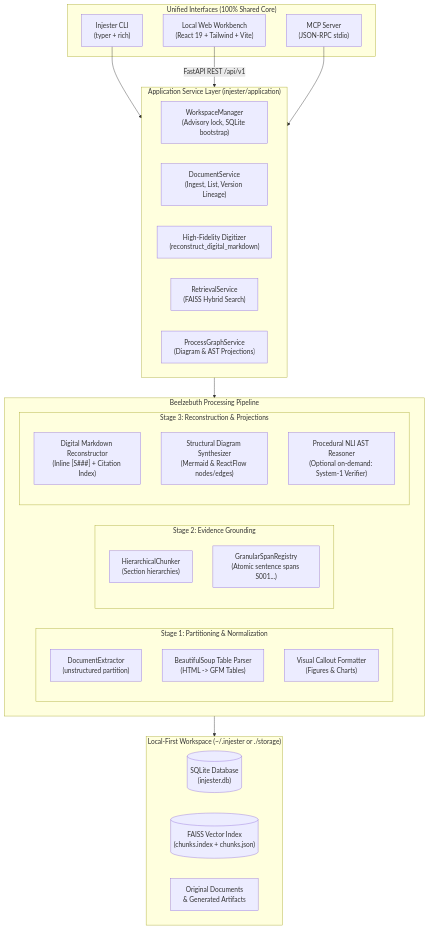
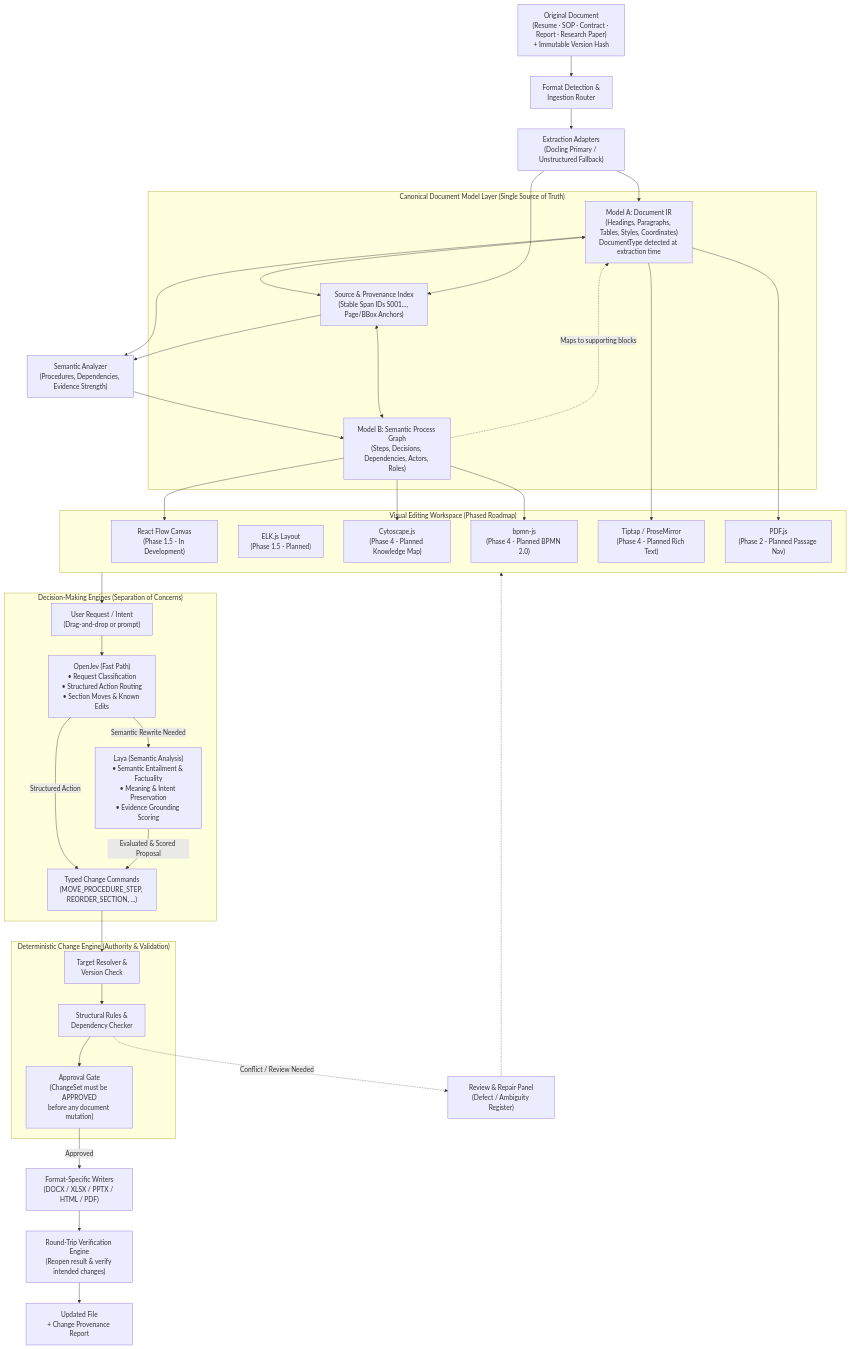
One commit to Jefino9488/Beelzebuth changed the diagram in docs/ARCHITECTURE.md. Above: the diagram before and after it, drawn with Mermaid. The commit also changed other lines of this file and 4 other files, not shown here.

First line of the commit message:
docs: update architecture, roadmap, and canonical document model specifications

````diff
--- a/docs/ARCHITECTURE.md
+++ b/docs/ARCHITECTURE.md
@@ -12,48 +11,58 @@
 ```mermaid
 flowchart TD
-    subgraph ClientInterfaces ["Unified Interfaces (100% Shared Core)"]
-        CLI["Injester CLI\n(typer + rich)"]
-        WebUI["Local Web Workbench\n(React 19 + Tailwind + Vite)"]
-        MCP["MCP Server\n(JSON-RPC stdio)"]
+    OrigDoc["Original Document\n(Resume · SOP · Contract · Report · Research Paper)\n+ Immutable Version Hash"] --> IngestionRouter["Format Detection &\nIngestion Router"]
+    IngestionRouter --> ExtAdapters["Extraction Adapters\n(Docling Primary / Unstructured Fallback)"]
+    
+    subgraph CDM_Layer ["Canonical Document Model Layer (Single Source of Truth)"]
+        ModelA["Model A: Document IR\n(Headings, Paragraphs, Tables, Styles, Coordinates)\nDocumentType detected at extraction time"]
+        ModelB["Model B: Semantic Process Graph\n(Steps, Decisions, Dependencies, Actors, Roles)"]
+        ProvIndex["Source & Provenance Index\n(Stable Span IDs S001..., Page/BBox Anchors)"]
+        
+        ModelA <--> ProvIndex
+        ModelB <--> ProvIndex
+        ModelB -.->|Maps to supporting blocks| ModelA
+    end
+    
+    ExtAdapters --> ModelA
+    ExtAdapters --> ProvIndex
+    ModelA & ProvIndex --> SemanticAnalyzer["Semantic Analyzer\n(Procedures, Dependencies, Evidence Strength)"]
+    SemanticAnalyzer --> ModelB
+
+    subgraph VisualLayer ["Visual Editing Workspace (Phased Roadmap)"]
+        RF["React Flow Canvas\n(Phase 1.5 - In Development)"]
+        ELK["ELK.js Layout\n(Phase 1.5 - Planned)"]
+        Cyto["Cytoscape.js\n(Phase 4 - Planned Knowledge Map)"]
+        BPMN["bpmn-js\n(Phase 4 - Planned BPMN 2.0)"]
+        TipTap["Tiptap / ProseMirror\n(Phase 4 - Planned Rich Text)"]
+        PDFView["PDF.js\n(Phase 2 - Planned Passage Nav)"]
     end
 
-    subgraph ServiceLayer ["Application Service Layer (injester/application)"]
-        Mgr["WorkspaceManager\n(Advisory lock, SQLite bootstrap)"]
-        DocService["DocumentService\n(Ingest, List, Version Lineage)"]
-        DigitizerService["High-Fidelity Digitizer\n(reconstruct_digital_markdown)"]
-        RetService["RetrievalService\n(FAISS Hybrid Search)"]
-        GraphService["ProcessGraphService\n(Diagram & AST Projections)"]
+    ModelB --> RF & Cyto & BPMN
+    ModelA --> TipTap & PDFView
+
+    subgraph DecisionLayer ["Decision-Making Engines (Separation of Concerns)"]
+        UserReq["User Request / Intent\n(Drag-and-drop or prompt)"]
+        OpenJev["OpenJev (Fast Path)\n• Request Classification\n• Structured Action Routing\n• Section Moves & Known Edits"]
+        Laya["Laya (Semantic Analysis)\n• Semantic Entailment & Factuality\n• Meaning & Intent Preservation\n• Evidence Grounding Scoring"]
+        
+        UserReq --> OpenJev
+        OpenJev -->|Structured Action| EditCmds["Typed Change Commands\n(MOVE_PROCEDURE_STEP, REORDER_SECTION, ...)"]
+        OpenJev -->|Semantic Rewrite Needed| Laya
+        Laya -->|Evaluated & Scored Proposal| EditCmds
     end
 
-    subgraph CoreEngine ["Beelzebuth Processing Pipeline"]
-        subgraph Stage1 ["Stage 1: Partitioning & Normalization"]
-            DocExt["DocumentExtractor\n(unstructured partition)"]
-            TableParser["BeautifulSoup Table Parser\n(HTML -> GFM Tables)"]
-            DiagramDetector["Visual Callout Formatter\n(Figures & Charts)"]
-        end
+    VisualLayer --> UserReq
 
-        subgraph Stage2 ["Stage 2: Evidence Grounding"]
-            Chunker["HierarchicalChunker\n(Section hierarchies)"]
-            SpanReg["GranularSpanRegistry\n(Atomic sentence spans S001...)"]
-        end
-
-        subgraph Stage3 ["Stage 3: Reconstruction & Projections"]
-            Reconstructor["Digital Markdown Reconstructor\n(Inline [S###] + Citation Index)"]
-            DiagSynthesizer["Structural Diagram Synthesizer\n(Mermaid & ReactFlow nodes/edges)"]
-            ProcEngine["Procedural NLI AST Reasoner\n(Optional on-demand: System-1 Verifier)"]
-        end
+    subgraph ControlEngine ["Deterministic Change Engine (Authority & Validation)"]
+        EditCmds --> TargetResolver["Target Resolver &\nVersion Check"]
+        TargetResolver --> DepChecker["Structural Rules &\nDependency Checker"]
+        DepChecker --> ApprovalGate["Approval Gate\n(ChangeSet must be APPROVED\nbefore any document mutation)"]
     end
 
-    subgraph LocalStorage ["Local-First Workspace (~/.injester or ./storage)"]
-        SQLite[("SQLite Database\n(injester.db)")]
-        FAISS[("FAISS Vector Index\n(chunks.index + chunks.json)")]
-        DocRepo["Original Documents\n& Generated Artifacts"]
-    end
+    ApprovalGate -->|Approved| Writers["Format-Specific Writers\n(DOCX / XLSX / PPTX / HTML / PDF)"]
+    DepChecker -.->|Conflict / Review Needed| Repair["Review & Repair Panel\n(Defect / Ambiguity Register)"]
+    Repair -.-> VisualLayer
 
-    CLI --> ServiceLayer
-    WebUI -->|FastAPI REST /api/v1| ServiceLayer
-    MCP --> ServiceLayer
-
-    ServiceLayer --> CoreEngine
-    CoreEngine --> LocalStorage
+    Writers --> RTVerify["Round-Trip Verification Engine\n(Reopen result & verify intended changes)"]
+    RTVerify --> OutputDoc["Updated File\n+ Change Provenance Report"]
 ```
````
